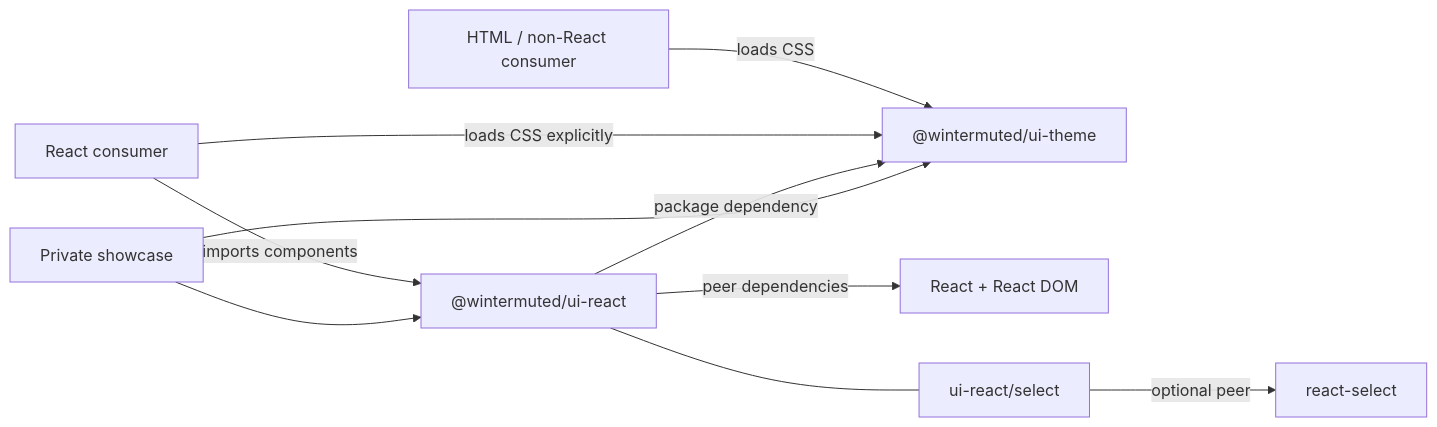
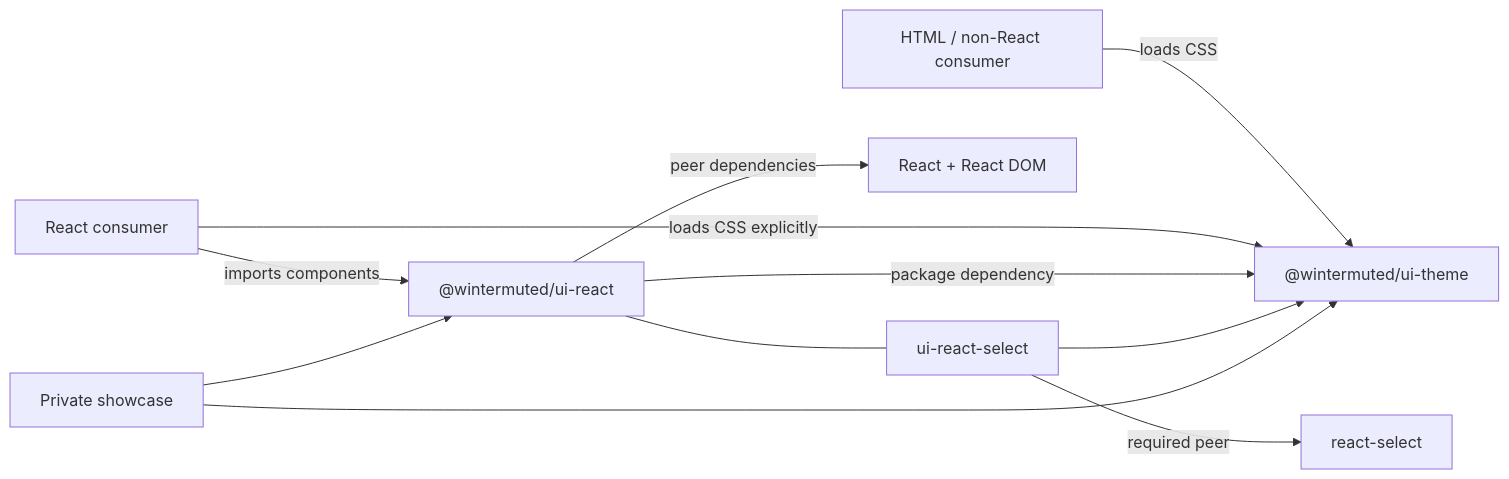
The first of 2 diagrams in docs/architecture.md (wintermuted/wintermuted-ui), drawn with Mermaid before and after one commit. The commit also changed other lines of this file and 43 other files, not shown here.

First line of the commit message:
feat!: extract react-select components into standalone package

````diff
--- a/docs/architecture.md
+++ b/docs/architecture.md
@@ -7,12 +7,13 @@
 ```mermaid
 flowchart LR
     Plain["HTML / non-React consumer"] -->|"loads CSS"| Theme["@wintermuted/ui-theme"]
     App["React consumer"] -->|"loads CSS explicitly"| Theme
     App -->|"imports components"| React["@wintermuted/ui-react"]
     React -->|"package dependency"| Theme
     React -->|"peer dependencies"| Peers["React + React DOM"]
-    Select["ui-react/select"] -->|"optional peer"| Adapter["react-select"]
+    Select["ui-react-select"] -->|"required peer"| Adapter["react-select"]
+    Select --> Theme
     React --- Select
     Showcase["Private showcase"] --> Theme
     Showcase --> React
 ```
````
